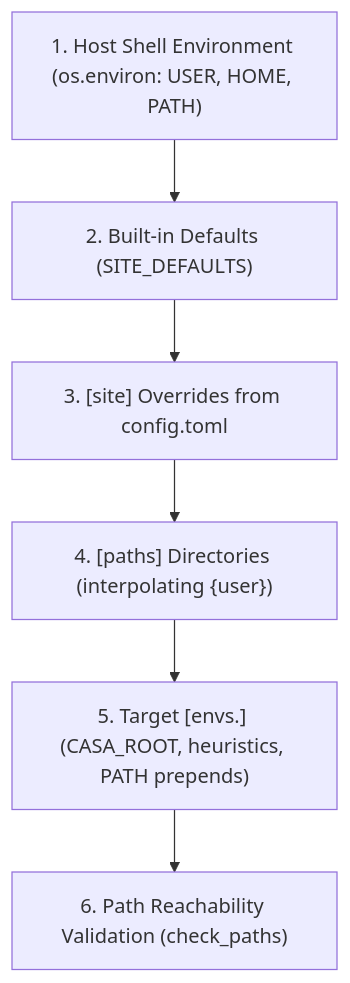
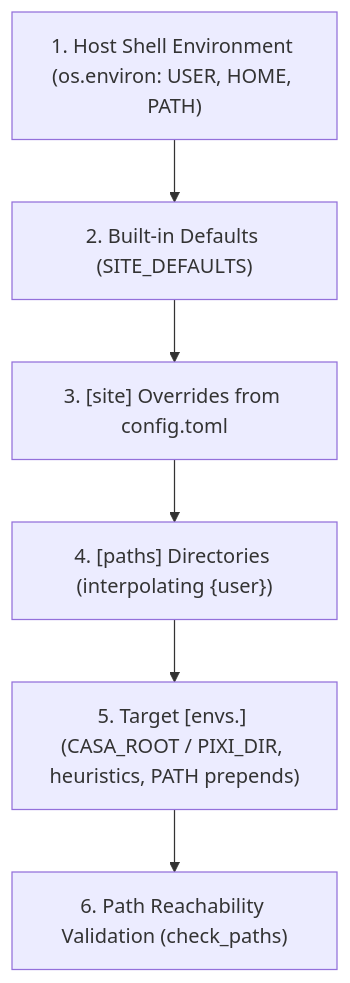
Before and after one commit to ra-pipeline/calibpipe: the second of 2 diagrams in docs/guide.md, drawn with Mermaid. The commit also changed other lines of this file and 7 other files, not shown here.

````diff
--- a/docs/guide.md
+++ b/docs/guide.md
@@ -263,8 +269,8 @@
 ```mermaid
 flowchart TD
     A["1. Host Shell Environment (os.environ: USER, HOME, PATH)"] --> B["2. Built-in Defaults (SITE_DEFAULTS)"]
     B --> C["3. [site] Overrides from config.toml"]
     C --> D["4. [paths] Directories (interpolating {user})"]
-    D --> E["5. Target [envs.<name>] (CASA_ROOT, heuristics, PATH prepends)"]
+    D --> E["5. Target [envs.<name>] (CASA_ROOT / PIXI_DIR, heuristics, PATH prepends)"]
     E --> F["6. Path Reachability Validation (check_paths)"]
 ```
````
